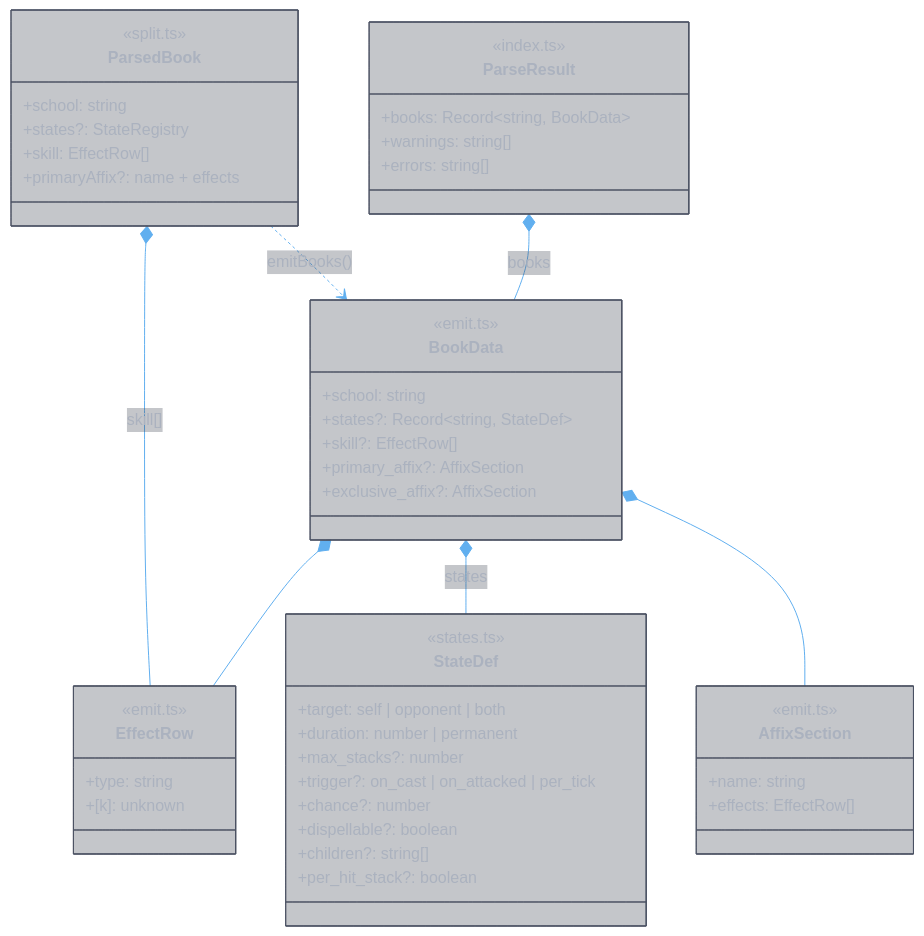
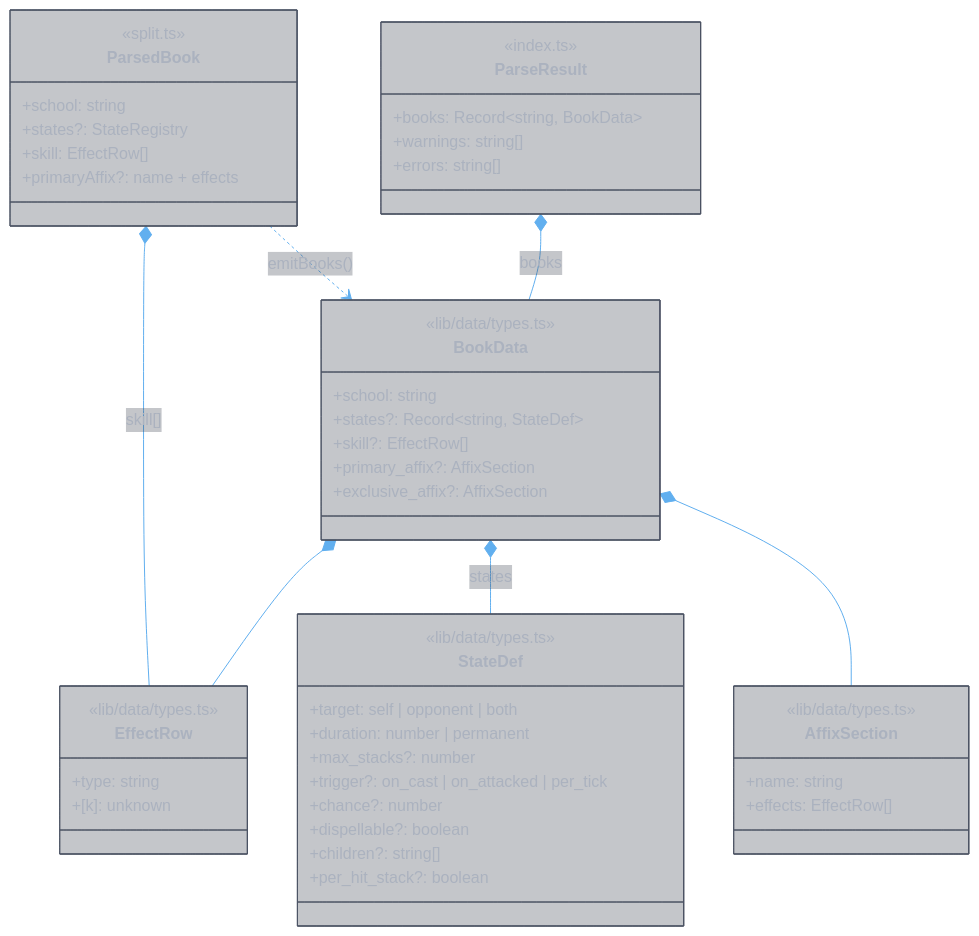
One commit to zhifengzhang-sz/divine-book changed the seventh of 7 diagrams in docs/parser/diagram.main.md. Above: the diagram before and after it, drawn with Mermaid. The commit also changed other lines of this file and 4 other files, not shown here.

````diff
--- a/docs/parser/diagram.main.md
+++ b/docs/parser/diagram.main.md
@@ -281,58 +280,58 @@
 ```mermaid
 %%{init: {'theme': 'base', 'themeVariables': {'primaryColor': '#3e44514D', 'primaryTextColor': '#abb2bf', 'primaryBorderColor': '#4b5263', 'lineColor': '#61afef', 'secondaryColor': '#2c313a4D', 'secondaryTextColor': '#abb2bf', 'secondaryBorderColor': '#4b5263', 'tertiaryColor': '#282c344D', 'mainBkg': '#3e44514D', 'nodeBorder': '#4b5263', 'clusterBkg': '#2c313a4D', 'clusterBorder': '#4b5263', 'titleColor': '#e5c07b', 'edgeLabelBackground': '#282c34', 'textColor': '#abb2bf', 'background': '#282c34'}}}%%
 classDiagram
     class ParsedBook {
         <<split.ts>>
         +school: string
         +states?: StateRegistry
         +skill: EffectRow[]
         +primaryAffix?: name + effects
     }
 
     class EffectRow {
-        <<emit.ts>>
+        <<lib/data/types.ts>>
         +type: string
         +[k]: unknown
     }
 
     class BookData {
-        <<emit.ts>>
+        <<lib/data/types.ts>>
         +school: string
         +states?: Record~string, StateDef~
         +skill?: EffectRow[]
         +primary_affix?: AffixSection
         +exclusive_affix?: AffixSection
     }
 
     class StateDef {
-        <<states.ts>>
+        <<lib/data/types.ts>>
         +target: self | opponent | both
         +duration: number | permanent
         +max_stacks?: number
         +trigger?: on_cast | on_attacked | per_tick
         +chance?: number
         +dispellable?: boolean
         +children?: string[]
         +per_hit_stack?: boolean
     }
 
     class AffixSection {
-        <<emit.ts>>
+        <<lib/data/types.ts>>
         +name: string
         +effects: EffectRow[]
     }
 
     class ParseResult {
         <<index.ts>>
         +books: Record~string, BookData~
         +warnings: string[]
         +errors: string[]
     }
 
     ParsedBook *-- EffectRow : skill[]
     ParsedBook ..> BookData : emitBooks()
     BookData *-- StateDef : states
     BookData *-- AffixSection
     BookData *-- EffectRow
     ParseResult *-- BookData : books
 ```
````
